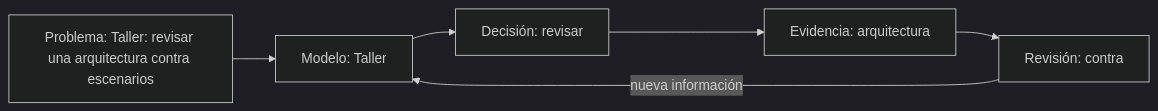
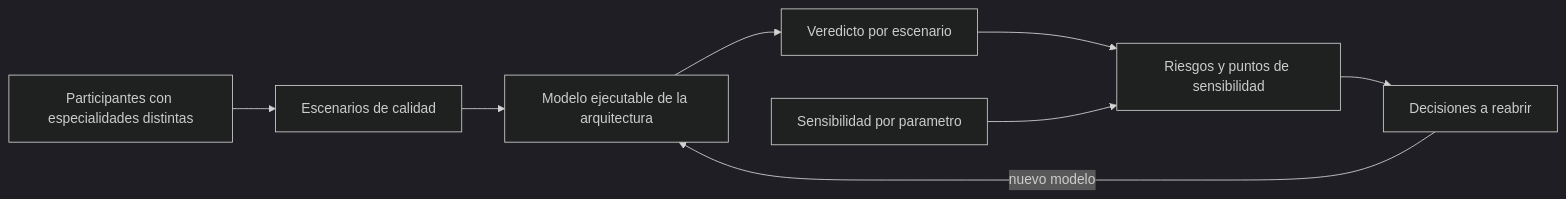
The diagram in classes/part-25-arquitectura-de-software-y-dominio/se-311-taller-revisar-una-arquitectura-contra-escenarios/README.md (vladimiracunadev-create/modern-software-engineering-program), drawn with Mermaid (dark theme) before and after one commit. The commit also changed other lines of this file and 117 other files, not shown here.

First line of the commit message:
feat(curriculum): deepen part 25 with synthetic, reproducible architecture simulations and measurements

````diff
--- a/classes/part-25-arquitectura-de-software-y-dominio/se-311-taller-revisar-una-arquitectura-contra-escenarios/README.md
+++ b/classes/part-25-arquitectura-de-software-y-dominio/se-311-taller-revisar-una-arquitectura-contra-escenarios/README.md
@@ -40,8 +54,10 @@
 ```mermaid
 flowchart LR
-    P["Problema: Taller: revisar una arquitectura contra escenarios"] --> M["Modelo: Taller"]
-    M --> D["Decisión: revisar"]
-    D --> E["Evidencia: arquitectura"]
-    E --> R["Revisión: contra"]
-    R -->|nueva información| M
+    E[Escenarios de calidad] --> M[Modelo ejecutable de la arquitectura]
+    M --> V[Veredicto por escenario]
+    V --> R[Riesgos y puntos de sensibilidad]
+    S[Sensibilidad por parametro] --> R
+    P[Participantes con especialidades distintas] --> E
+    R --> D[Decisiones a reabrir]
+    D -->|nuevo modelo| M
 ```
````
